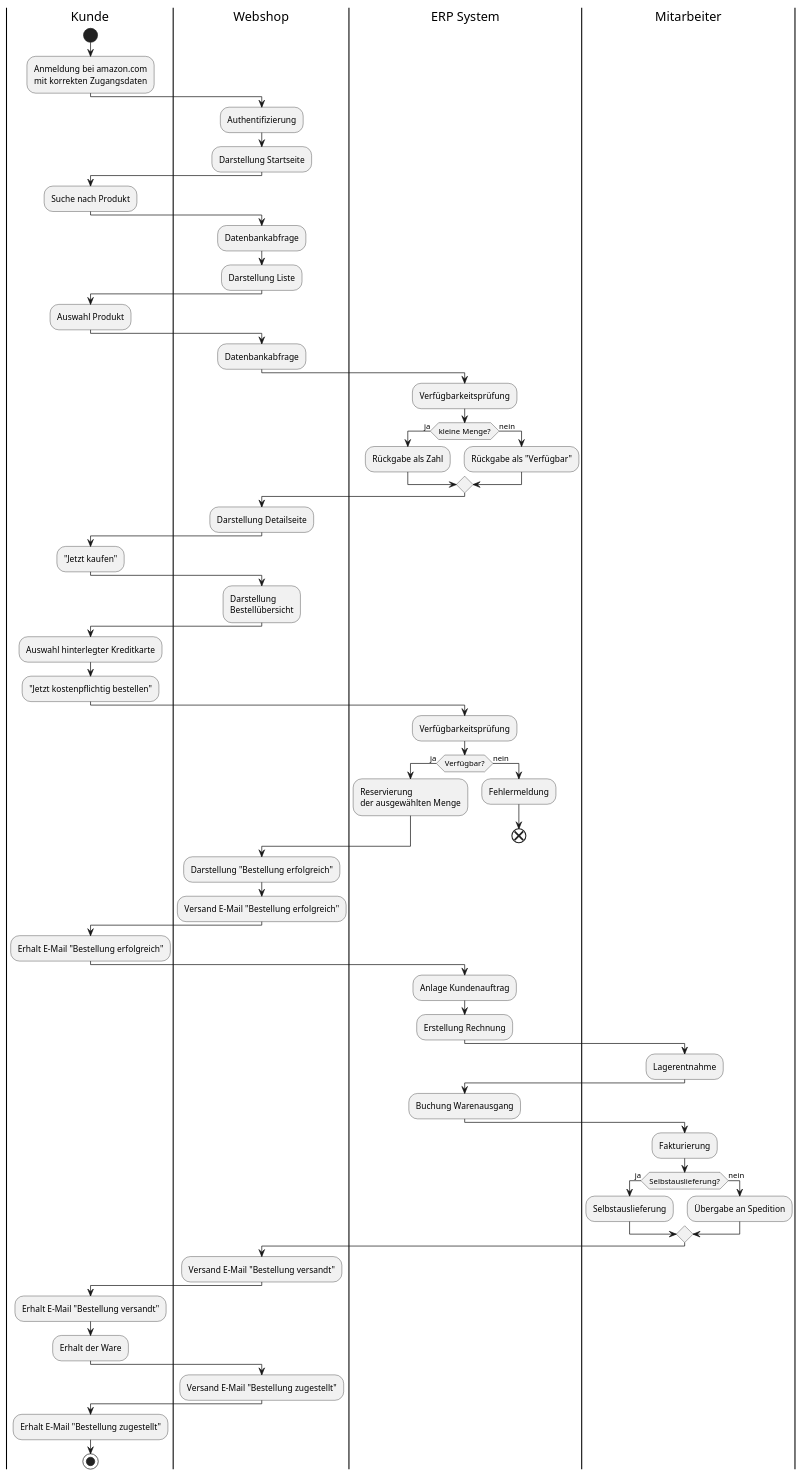
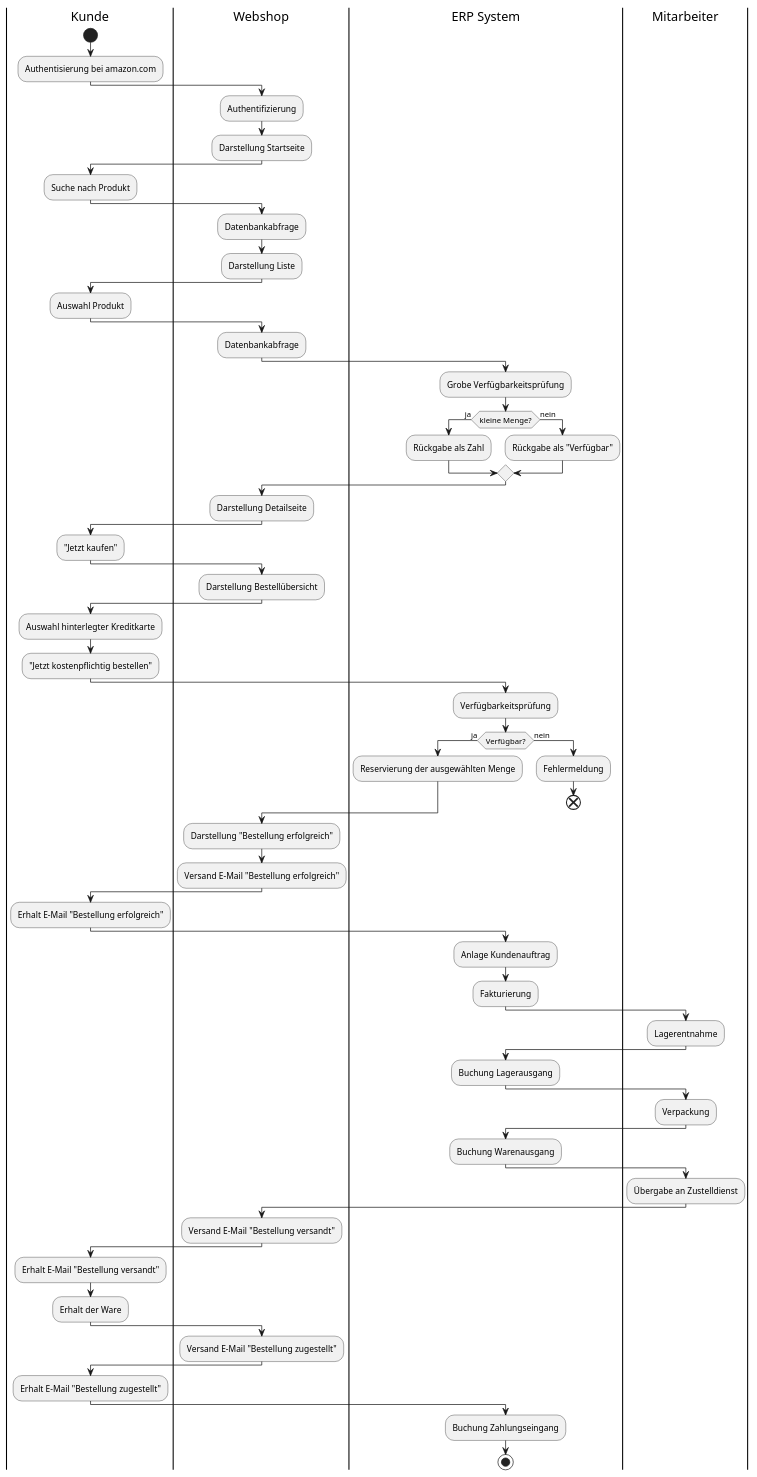
The diagram in ecommerce.puml (ChabbaY/HM_SoSe2023_InfoSys_Diagramme), drawn with PlantUML before and after one commit.

Commit message:
updated diagram

```diff
--- a/ecommerce.puml
+++ b/ecommerce.puml
@@ -1,73 +1,71 @@
 @startuml
 |Kunde|
 start
-:Anmeldung bei amazon.com
-mit korrekten Zugangsdaten;
+:Authentisierung bei amazon.com;
 |Webshop|
 :Authentifizierung;
 :Darstellung Startseite;
 |Kunde|
 :Suche nach Produkt;
 |Webshop|
 :Datenbankabfrage;
 :Darstellung Liste;
 |Kunde|
 :Auswahl Produkt;
 |Webshop|
 :Datenbankabfrage;
 |ERP System|
-:Verfügbarkeitsprüfung;
+:Grobe Verfügbarkeitsprüfung;
 if (kleine Menge?) then (ja)
     :Rückgabe als Zahl;
 else (nein)
     :Rückgabe als "Verfügbar";
 endif
 |Webshop|
 :Darstellung Detailseite;
 |Kunde|
 :"Jetzt kaufen";
 |Webshop|
-:Darstellung
-Bestellübersicht;
+:Darstellung Bestellübersicht;
 |Kunde|
 :Auswahl hinterlegter Kreditkarte;
 :"Jetzt kostenpflichtig bestellen";
 |ERP System|
 :Verfügbarkeitsprüfung;
 if (Verfügbar?) then (ja)
-    :Reservierung
-    der ausgewählten Menge;
+    :Reservierung der ausgewählten Menge;
 else (nein)
     :Fehlermeldung;
     end
 endif
 |Webshop|
 :Darstellung "Bestellung erfolgreich";
 :Versand E-Mail "Bestellung erfolgreich";
 |Kunde|
 :Erhalt E-Mail "Bestellung erfolgreich";
 |ERP System|
 :Anlage Kundenauftrag;
-:Erstellung Rechnung;
+:Fakturierung;
 |Mitarbeiter|
 :Lagerentnahme;
 |ERP System|
+:Buchung Lagerausgang;
+|Mitarbeiter|
+:Verpackung;
+|ERP System|
 :Buchung Warenausgang;
 |Mitarbeiter|
-:Fakturierung;
-if (Selbstauslieferung?) then (ja)
-    :Selbstauslieferung;
-else (nein)
-    :Übergabe an Spedition;
-endif
+:Übergabe an Zustelldienst;
 |Webshop|
 :Versand E-Mail "Bestellung versandt";
 |Kunde|
 :Erhalt E-Mail "Bestellung versandt";
 :Erhalt der Ware;
 |Webshop|
 :Versand E-Mail "Bestellung zugestellt";
 |Kunde|
 :Erhalt E-Mail "Bestellung zugestellt";
+|ERP System|
+:Buchung Zahlungseingang;
 stop
 @enduml
```
